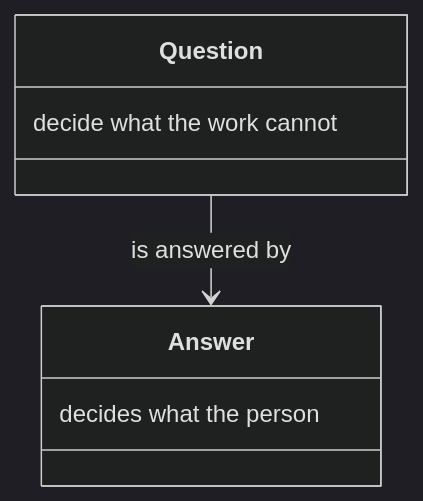
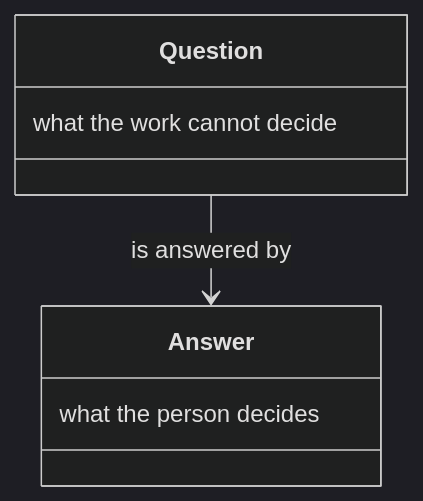
One commit to m2ux/workflow-server changed the fourth of 20 diagrams in docs/architecture.md. Above: the diagram before and after it, drawn with Mermaid (dark theme). The commit also changed other lines of this file and 10 other files, not shown here.

Commit message:
Write each class-box note in reading order so the diagram shows the phrase as written.

````diff
--- a/docs/architecture.md
+++ b/docs/architecture.md
@@ -59,10 +59,10 @@
 ```mermaid
 classDiagram
   class Question {
-    decide what the work cannot
+    what the work cannot decide
   }
   class Answer {
-    decides what the person
+    what the person decides
   }
   Question --> Answer : is answered by
 ```
````
